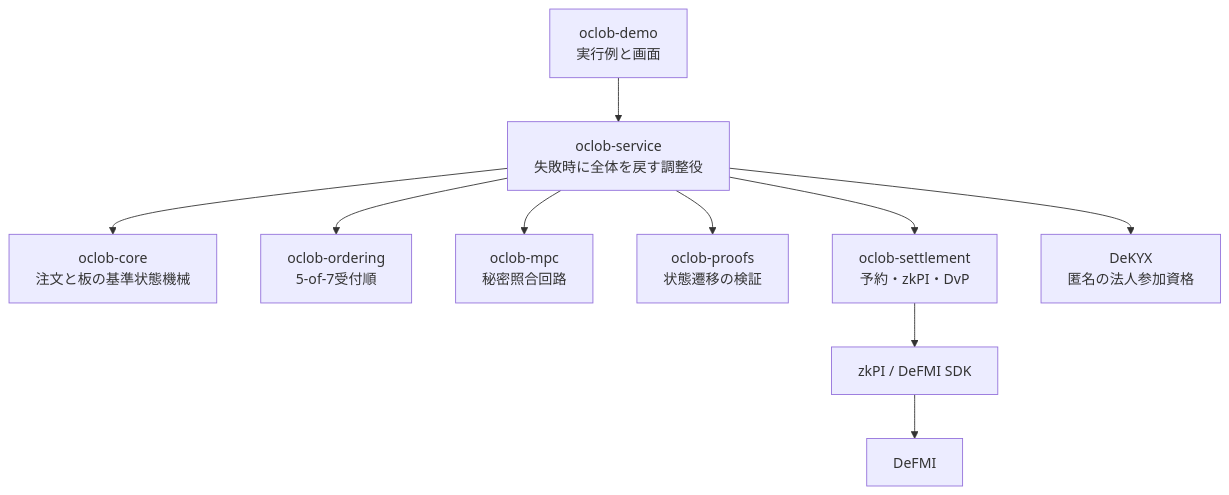
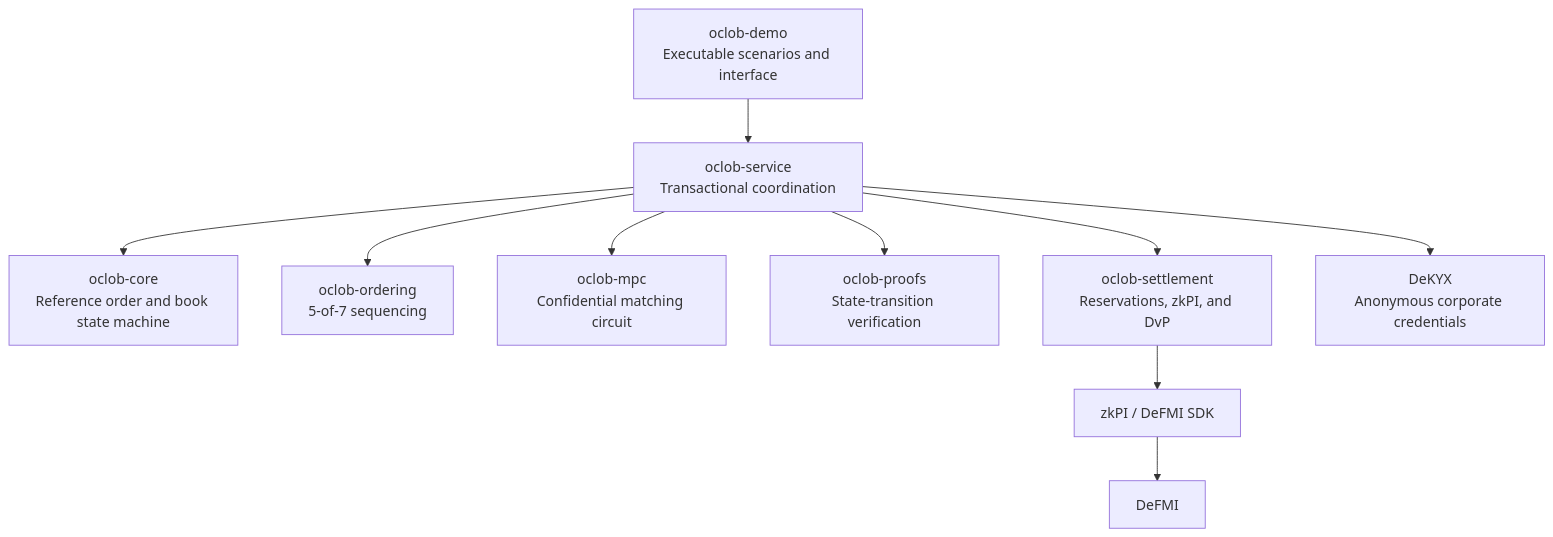
Before and after one commit to zkFMI/oclob: the second of 2 diagrams in README.md, drawn with Mermaid. The commit also changed other lines of this file and 34 other files, not shown here.

````diff
--- a/README.md
+++ b/README.md
@@ -56,12 +69,12 @@
 ```mermaid
 flowchart TB
-    DEMO["oclob-demo\n実行例と画面"] --> SERVICE["oclob-service\n失敗時に全体を戻す調整役"]
-    SERVICE --> CORE["oclob-core\n注文と板の基準状態機械"]
-    SERVICE --> ORDERING["oclob-ordering\n5-of-7受付順"]
-    SERVICE --> MPC["oclob-mpc\n秘密照合回路"]
-    SERVICE --> PROOFS["oclob-proofs\n状態遷移の検証"]
-    SERVICE --> SETTLEMENT["oclob-settlement\n予約・zkPI・DvP"]
-    SERVICE --> DEKYX["DeKYX\n匿名の法人参加資格"]
+    DEMO["oclob-demo<br/>Executable scenarios and interface"] --> SERVICE["oclob-service<br/>Transactional coordination"]
+    SERVICE --> CORE["oclob-core<br/>Reference order and book state machine"]
+    SERVICE --> ORDERING["oclob-ordering<br/>5-of-7 sequencing"]
+    SERVICE --> MPC["oclob-mpc<br/>Confidential matching circuit"]
+    SERVICE --> PROOFS["oclob-proofs<br/>State-transition verification"]
+    SERVICE --> SETTLEMENT["oclob-settlement<br/>Reservations, zkPI, and DvP"]
+    SERVICE --> DEKYX["DeKYX<br/>Anonymous corporate credentials"]
     SETTLEMENT --> SDK["zkPI / DeFMI SDK"]
     SDK --> DEFMI["DeFMI"]
 ```
````
